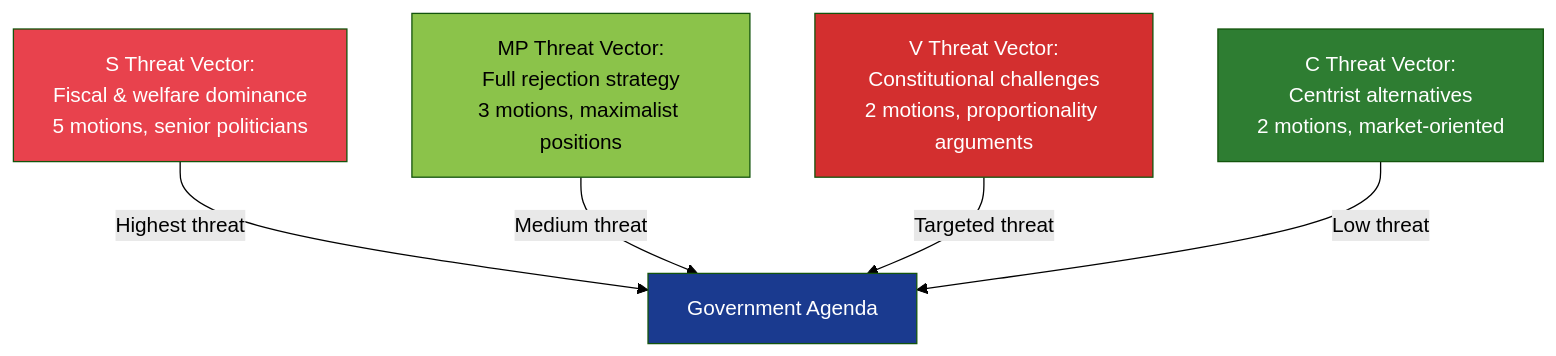
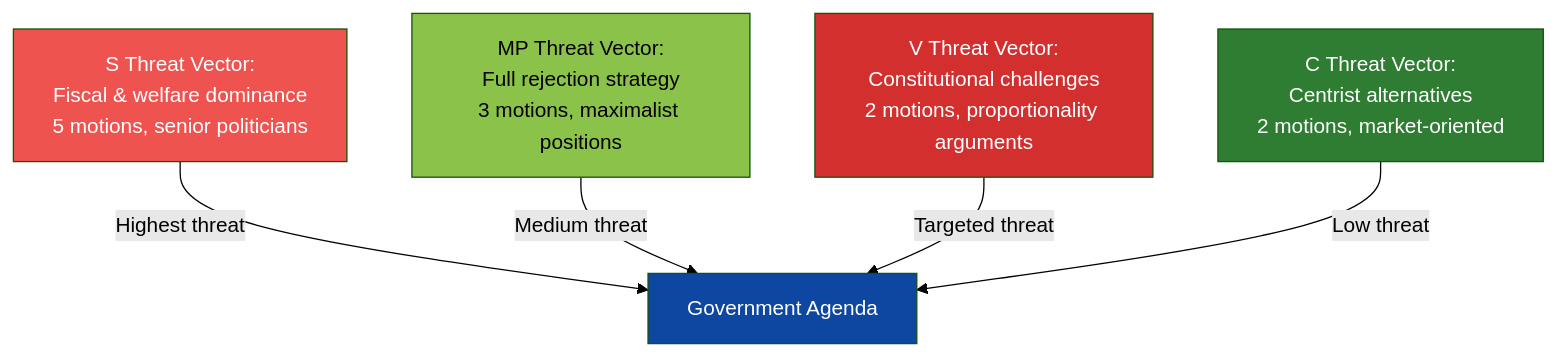
Before and after one commit to Hack23/riksdagsmonitor: the diagram in analysis/daily/2026-04-16/motions/threat-analysis.md, drawn with Mermaid (forest theme). The commit also changed 121 other files, not shown here.

````diff
--- a/analysis/daily/2026-04-16/motions/threat-analysis.md
+++ b/analysis/daily/2026-04-16/motions/threat-analysis.md
@@ -16,17 +16,17 @@
 ```mermaid
 graph TD
     S_THREAT["S Threat Vector:<br/>Fiscal & welfare dominance<br/>5 motions, senior politicians"]
     MP_THREAT["MP Threat Vector:<br/>Full rejection strategy<br/>3 motions, maximalist positions"]
     V_THREAT["V Threat Vector:<br/>Constitutional challenges<br/>2 motions, proportionality arguments"]
     C_THREAT["C Threat Vector:<br/>Centrist alternatives<br/>2 motions, market-oriented"]
     GOV["Government Agenda"]
     S_THREAT -->|"Highest threat"| GOV
     MP_THREAT -->|"Medium threat"| GOV
     V_THREAT -->|"Targeted threat"| GOV
     C_THREAT -->|"Low threat"| GOV
-    style S_THREAT fill:#e8424d,color:#FFFFFF
+    style S_THREAT fill:#EF5350,color:#FFFFFF
     style MP_THREAT fill:#8BC34A,color:#000000
     style V_THREAT fill:#D32F2F,color:#FFFFFF
     style C_THREAT fill:#2E7D32,color:#FFFFFF
-    style GOV fill:#1a3a8f,color:#FFFFFF
+    style GOV fill:#0D47A1,color:#FFFFFF
 ```
````
